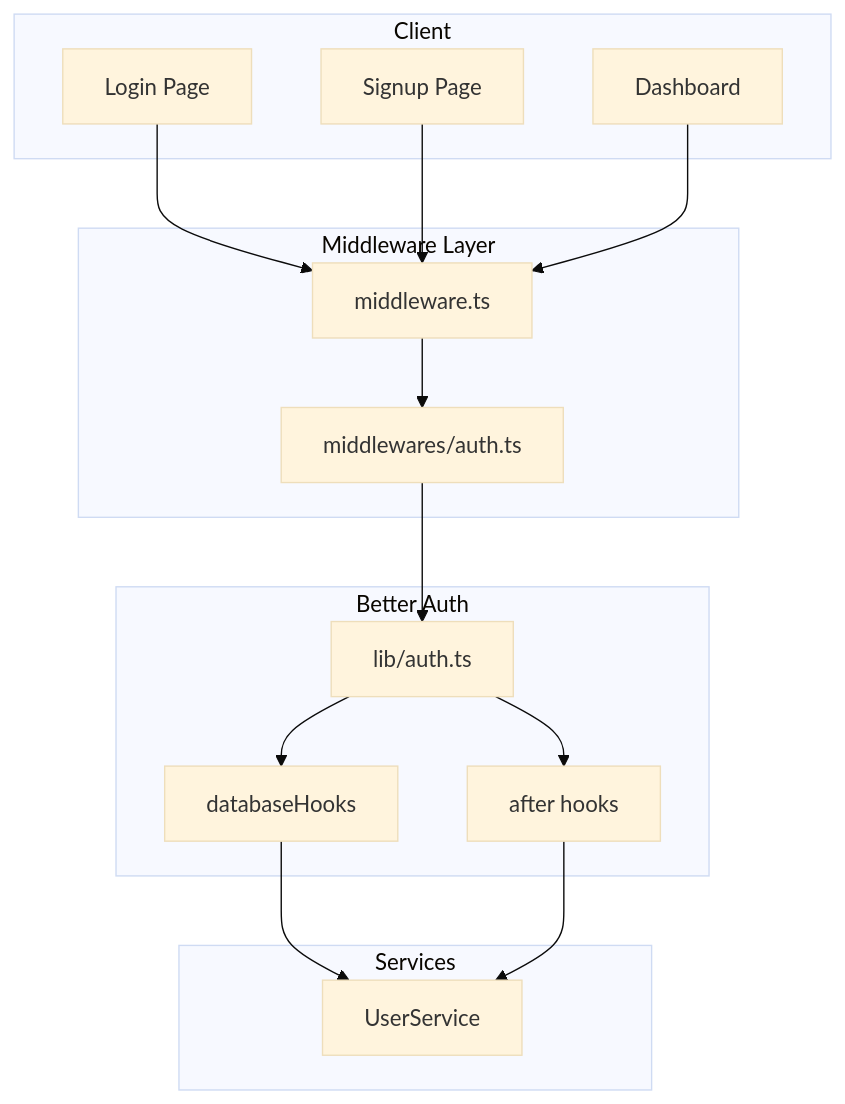
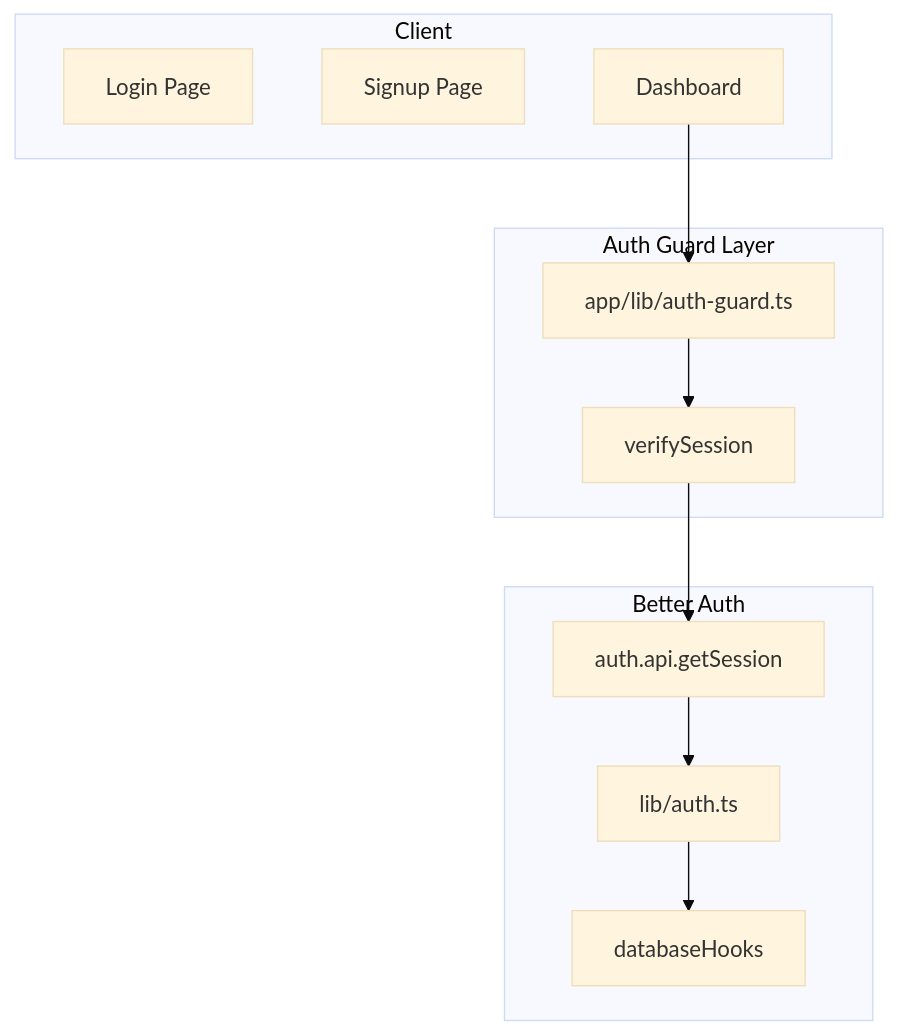
Before and after one commit to YasuakiOmokawa/taimei: the first of 4 diagrams in .kiro/specs/fix-auth-hook/design.md, drawn with Mermaid (base theme). The commit also changed other lines of this file and 1 other file, not shown here.

First line of the commit message:
docs(spec): fix-auth-hook 設計レビューに基づいて Auth Guard パターンに更新

````diff
--- a/.kiro/specs/fix-auth-hook/design.md
+++ b/.kiro/specs/fix-auth-hook/design.md
@@ -34,33 +36,25 @@
 ```mermaid
 graph TB
     subgraph Client
         LoginPage[Login Page]
         SignupPage[Signup Page]
         Dashboard[Dashboard]
     end
 
-    subgraph Middleware Layer
-        NextMiddleware[middleware.ts]
-        AuthMiddleware[middlewares/auth.ts]
+    subgraph Auth Guard Layer
+        AuthGuard[app/lib/auth-guard.ts]
+        VerifySession[verifySession]
     end
 
     subgraph Better Auth
         AuthConfig[lib/auth.ts]
         DatabaseHooks[databaseHooks]
-        AfterHooks[after hooks]
+        SessionAPI[auth.api.getSession]
     end
 
-    subgraph Services
-        UserService[UserService]
-    end
-
-    LoginPage --> NextMiddleware
-    SignupPage --> NextMiddleware
-    Dashboard --> NextMiddleware
-    NextMiddleware --> AuthMiddleware
-    AuthMiddleware --> AuthConfig
+    Dashboard --> AuthGuard
+    AuthGuard --> VerifySession
+    VerifySession --> SessionAPI
+    SessionAPI --> AuthConfig
     AuthConfig --> DatabaseHooks
-    AuthConfig --> AfterHooks
-    DatabaseHooks --> UserService
-    AfterHooks --> UserService
 ```
````
